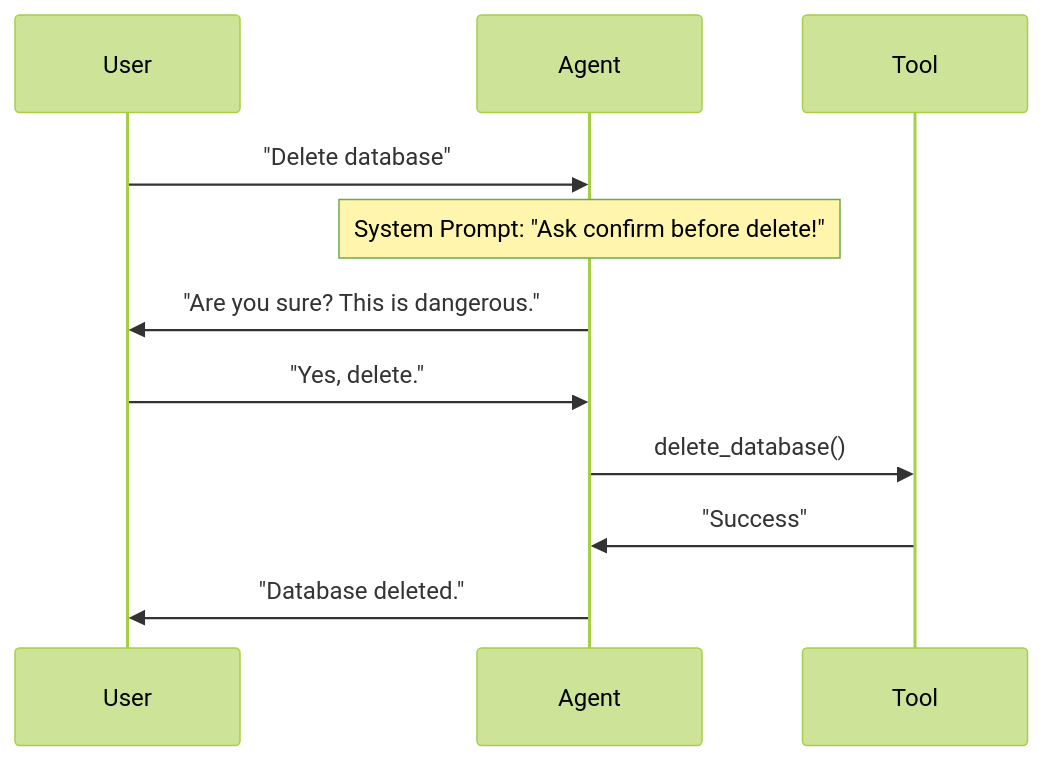
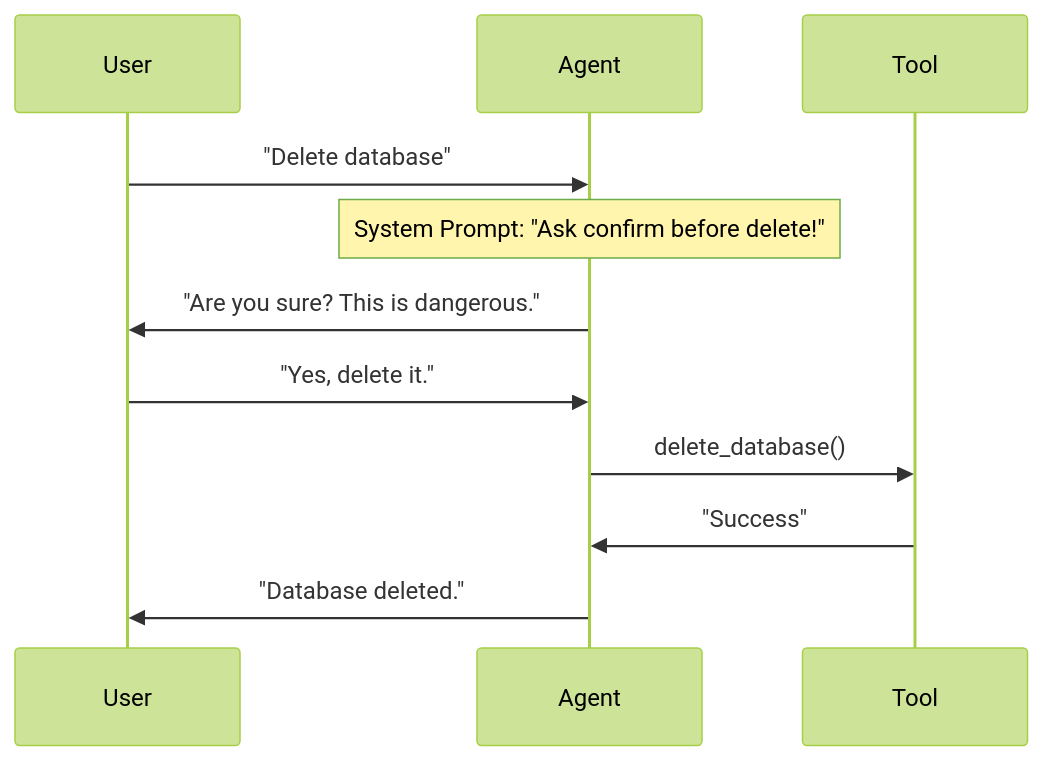
One commit to kshvakov/ai-agent-course changed the diagram in labs/lab05-human-interaction/README.md. Above: the diagram before and after it, drawn with Mermaid (forest theme). The commit also changed other lines of this file and 84 other files, not shown here.

````diff
--- a/labs/lab05-human-interaction/README.md
+++ b/labs/lab05-human-interaction/README.md
@@ -15,14 +15,14 @@
 ```mermaid
 sequenceDiagram
     participant User
     participant Agent
     participant Tool
 
     User->>Agent: "Delete database"
     Note over Agent: System Prompt: "Ask confirm before delete!"
     Agent->>User: "Are you sure? This is dangerous."
-    User->>Agent: "Yes, delete."
+    User->>Agent: "Yes, delete it."
     Agent->>Tool: delete_database()
     Tool->>Agent: "Success"
     Agent->>User: "Database deleted."
 ```
````
